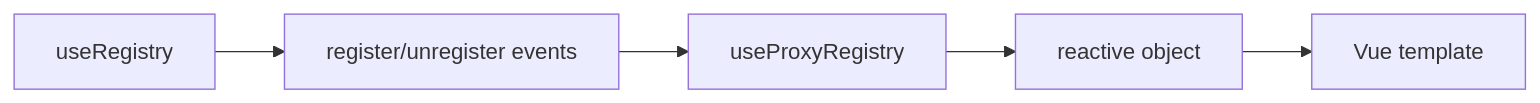
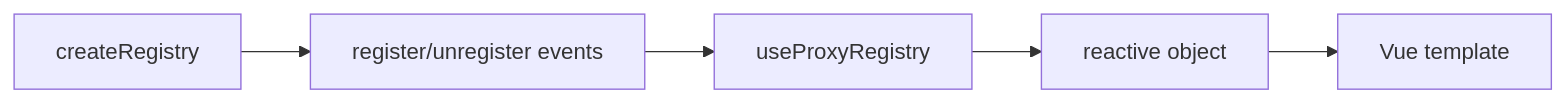
One commit to vuetifyjs/0 changed the diagram in apps/docs/src/pages/composables/reactivity/use-proxy-registry.md. Above: the diagram before and after it, drawn with Mermaid. The commit also changed other lines of this file and 33 other files, not shown here.

````diff
--- a/apps/docs/src/pages/composables/reactivity/use-proxy-registry.md
+++ b/apps/docs/src/pages/composables/reactivity/use-proxy-registry.md
@@ -47,7 +47,7 @@
 ```mermaid "Proxy Registry Flow"
 flowchart LR
-  useRegistry --> events[register/unregister events]
+  createRegistry --> events[register/unregister events]
   events --> useProxyRegistry
   useProxyRegistry --> reactive[reactive object]
   reactive --> template[Vue template]
 ```
````
